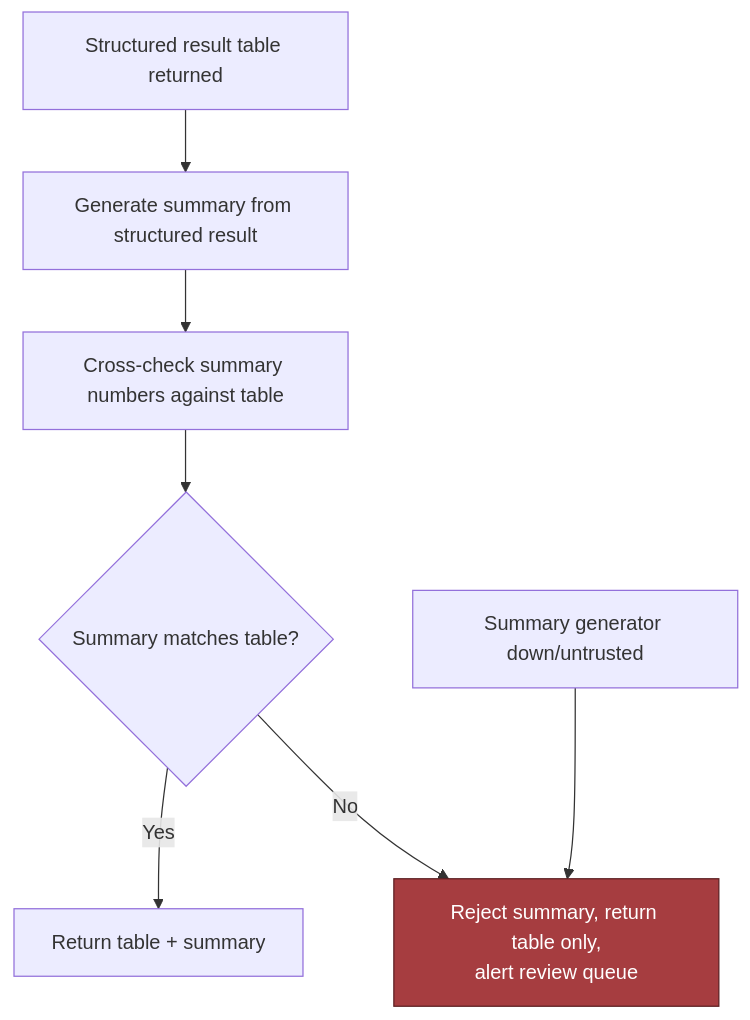
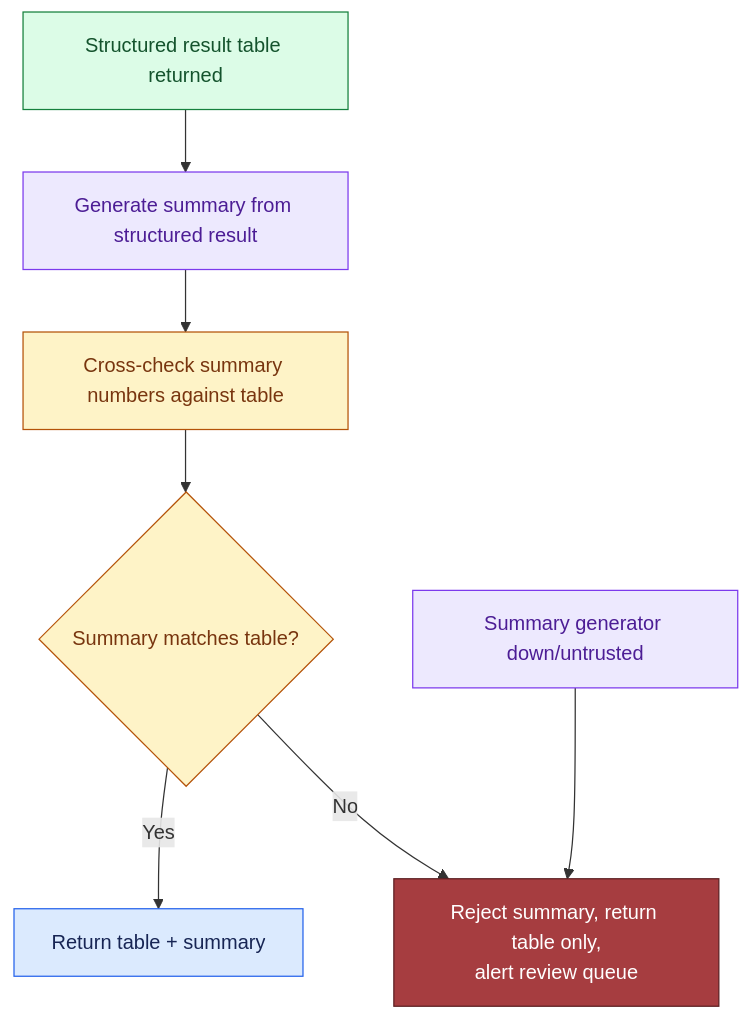
One commit to Sourav692/Forward-Deployed-Engineer-Interview-Prep changed the fourth of 4 diagrams in site/content/modules/15-fde-case-studies/knowledge-retrieval/nl-over-governed-data/full-pack-part-2.md. Above: the diagram before and after it, drawn with Mermaid. The commit also changed other lines of this file and 1268 other files, not shown here.

First line of the commit message:
content: polish Casebook writing and Mermaid diagrams (#251)

````diff
--- a/site/content/modules/15-fde-case-studies/knowledge-retrieval/nl-over-governed-data/full-pack-part-2.md
+++ b/site/content/modules/15-fde-case-studies/knowledge-retrieval/nl-over-governed-data/full-pack-part-2.md
@@ -182,10 +256,22 @@
 ```mermaid
 flowchart TD
     A[Structured result table returned] --> B[Generate summary from structured result]
     B --> C[Cross-check summary numbers against table]
     C --> D{Summary matches table?}
     D -->|Yes| E[Return table + summary]
     D -->|No| F[Reject summary, return table only,<br/>alert review queue]
     G[Summary generator down/untrusted] --> F
     style F fill:#a63d40,stroke:#5c1f22,color:#fff
+
+    %% Casebook colours: entry, reasoning, results, controls, and stopped paths.
+    classDef cbAction fill:#dcfce7,stroke:#15803d,color:#14532d
+    class A cbAction
+    classDef cbReason fill:#ede9fe,stroke:#7c3aed,color:#4c1d95
+    class B,G cbReason
+    classDef cbPolicy fill:#fef3c7,stroke:#b45309,color:#78350f
+    class C,D cbPolicy
+    classDef cbInput fill:#dbeafe,stroke:#2563eb,color:#172554
+    class E cbInput
+    classDef cbStop fill:#fee2e2,stroke:#dc2626,color:#7f1d1d
+    class F cbStop
 ```
````
